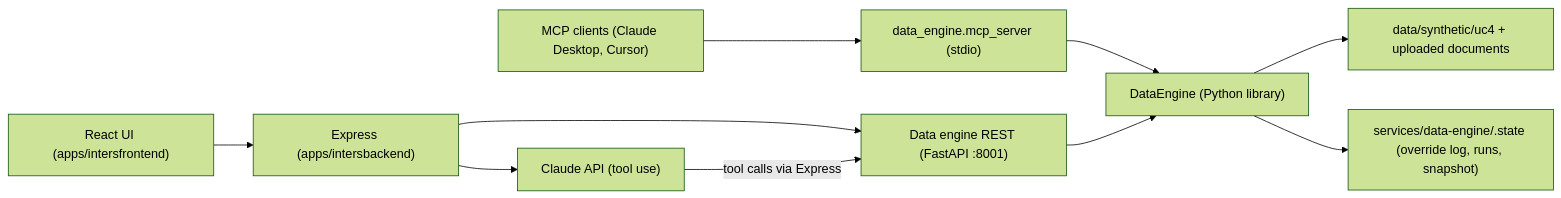
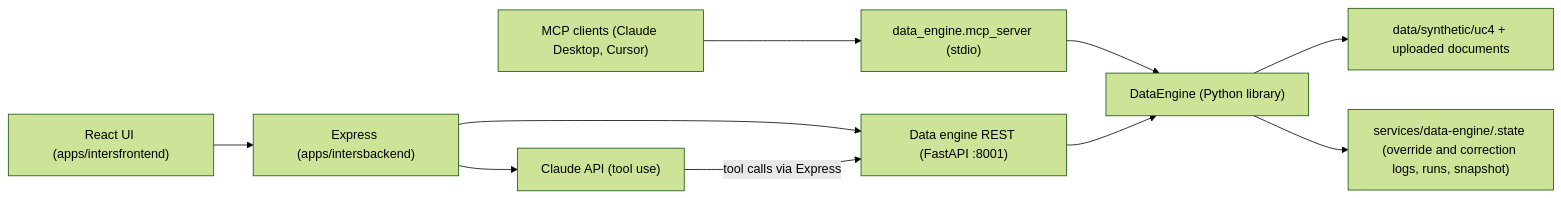
The diagram in context/architecture.md (dbl96hw/IntersProject), drawn with Mermaid (forest theme) before and after one commit. The commit also changed other lines of this file and 9 other files, not shown here.

Commit message:
docs: sync Context Pack and roadmap with workspace UI (PR #7)

````diff
--- a/context/architecture.md
+++ b/context/architecture.md
@@ -39,12 +39,12 @@
 ```mermaid
 flowchart LR
   UI["React UI (apps/intersfrontend)"] --> Express["Express (apps/intersbackend)"]
   Express --> Engine["Data engine REST (FastAPI :8001)"]
   Express --> Claude["Claude API (tool use)"]
   Claude -->|"tool calls via Express"| Engine
   McpClients["MCP clients (Claude Desktop, Cursor)"] --> McpServer["data_engine.mcp_server (stdio)"]
   McpServer --> EngineLib["DataEngine (Python library)"]
   Engine --> EngineLib
   EngineLib --> Fixtures["data/synthetic/uc4 + uploaded documents"]
-  EngineLib --> State["services/data-engine/.state (override log, runs, snapshot)"]
+  EngineLib --> State["services/data-engine/.state (override and correction logs, runs, snapshot)"]
 ```
````
